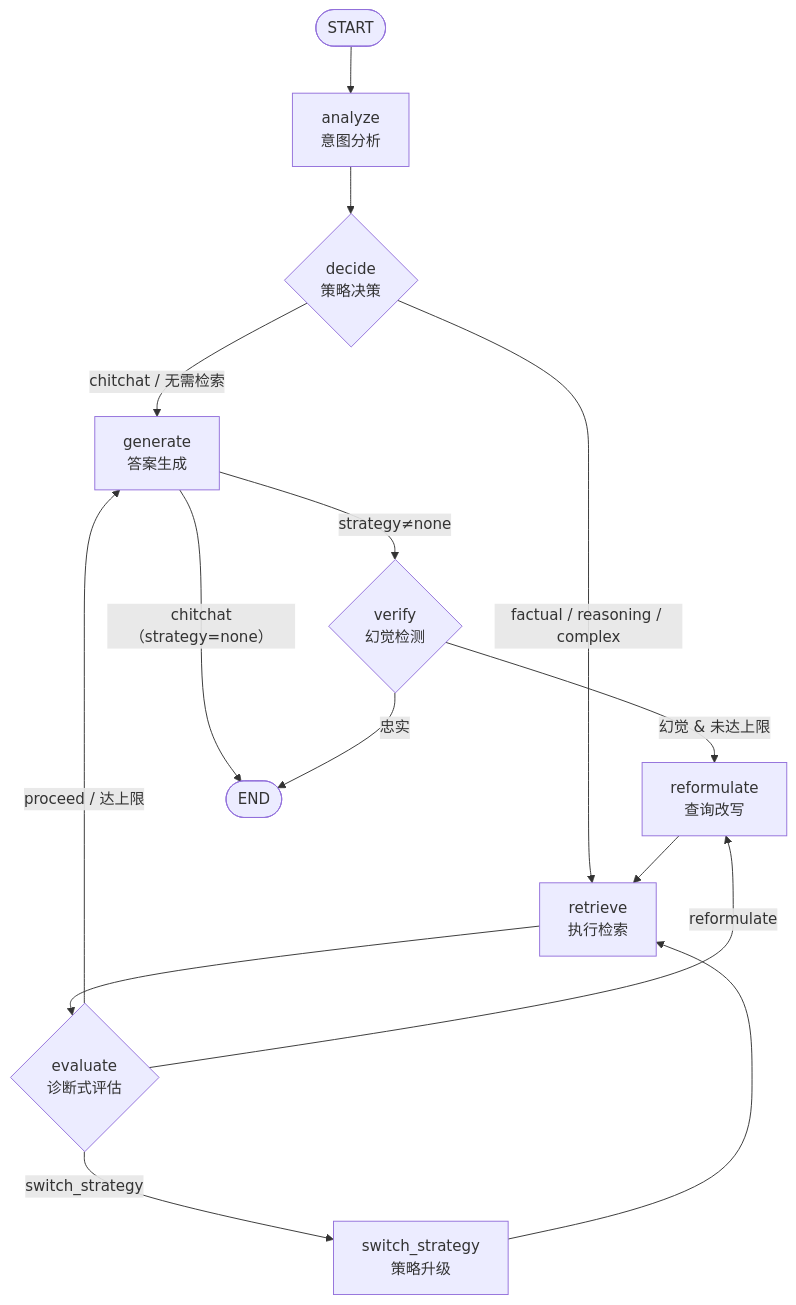
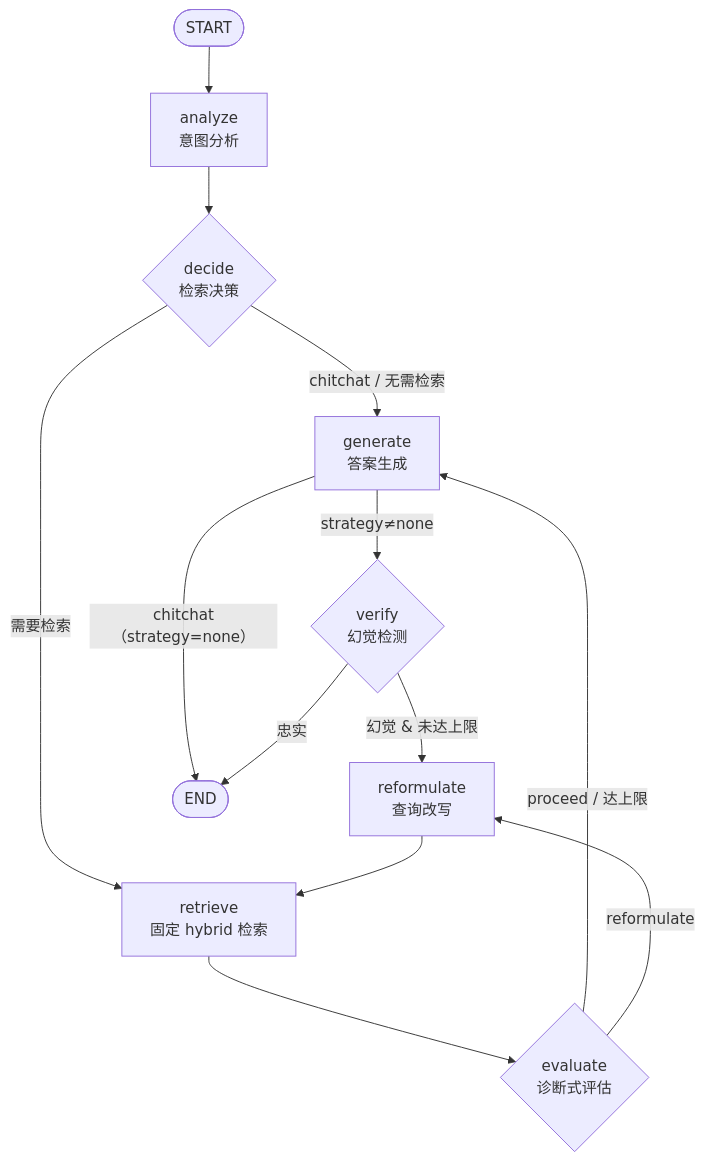
One commit to yyc2417/RAGForge changed the diagram in README.md. Above: the diagram before and after it, drawn with Mermaid. The commit also changed other lines of this file and 7 other files, not shown here.

````diff
--- a/README.md
+++ b/README.md
@@ -13,17 +13,15 @@
 ```mermaid
 flowchart TD
     START([START]) --> analyze[analyze<br/>意图分析]
-    analyze --> decide{decide<br/>策略决策}
+    analyze --> decide{decide<br/>检索决策}
     decide -->|chitchat / 无需检索| generate[generate<br/>答案生成]
-    decide -->|factual / reasoning / complex| retrieve[retrieve<br/>执行检索]
+    decide -->|需要检索| retrieve[retrieve<br/>固定 hybrid 检索]
     retrieve --> evaluate{evaluate<br/>诊断式评估}
     evaluate -->|proceed / 达上限| generate
     evaluate -->|reformulate| reformulate[reformulate<br/>查询改写]
-    evaluate -->|switch_strategy| switch[switch_strategy<br/>策略升级]
     reformulate --> retrieve
-    switch --> retrieve
     generate -->|strategy≠none| verify{verify<br/>幻觉检测}
     generate -->|chitchat（strategy=none）| END([END])
     verify -->|忠实| END
     verify -->|幻觉 & 未达上限| reformulate
 ```
````
